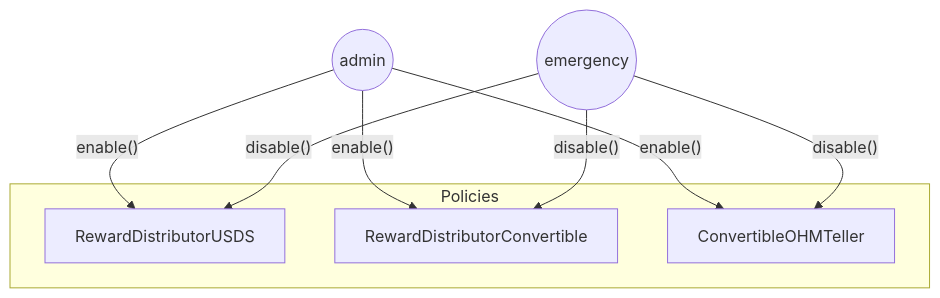
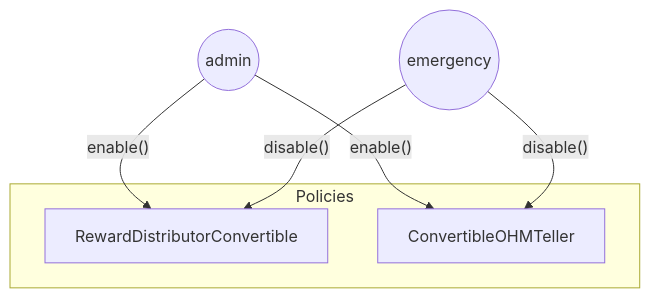
The fifth of 6 diagrams in audit/2026-02_rewards/README.md (OlympusDAO/olympus-v3), drawn with Mermaid before and after one commit. The commit also changed other lines of this file and 15 other files, not shown here.

Commit message:
refactor: remove USDS reward distributor; update audit scope and docs

````diff
--- a/audit/2026-02_rewards/README.md
+++ b/audit/2026-02_rewards/README.md
@@ -350,15 +263,12 @@
 ```mermaid
 flowchart TD
-    admin((admin)) -->|"enable()"| DistUSDS["RewardDistributorUSDS"]
-    admin -->|"enable()"| DistConv["RewardDistributorConvertible"]
+    admin((admin)) -->|"enable()"| DistConv["RewardDistributorConvertible"]
     admin -->|"enable()"| Teller["ConvertibleOHMTeller"]
-    emergency((emergency)) -->|"disable()"| DistUSDS
-    emergency -->|"disable()"| DistConv
+    emergency((emergency)) -->|"disable()"| DistConv
     emergency -->|"disable()"| Teller
 
     subgraph Policies
-        DistUSDS
         DistConv
         Teller
     end
 ```
````
